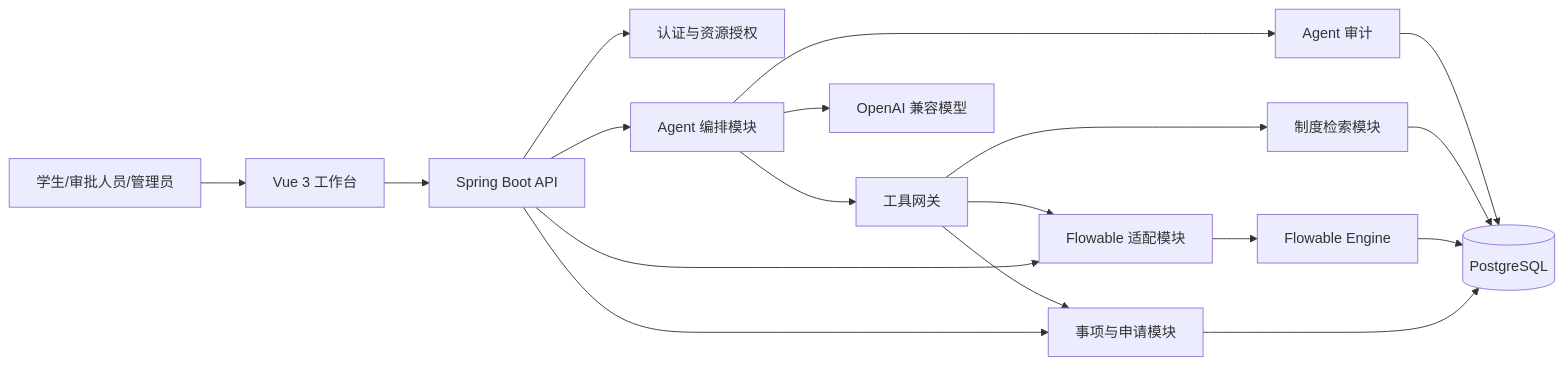
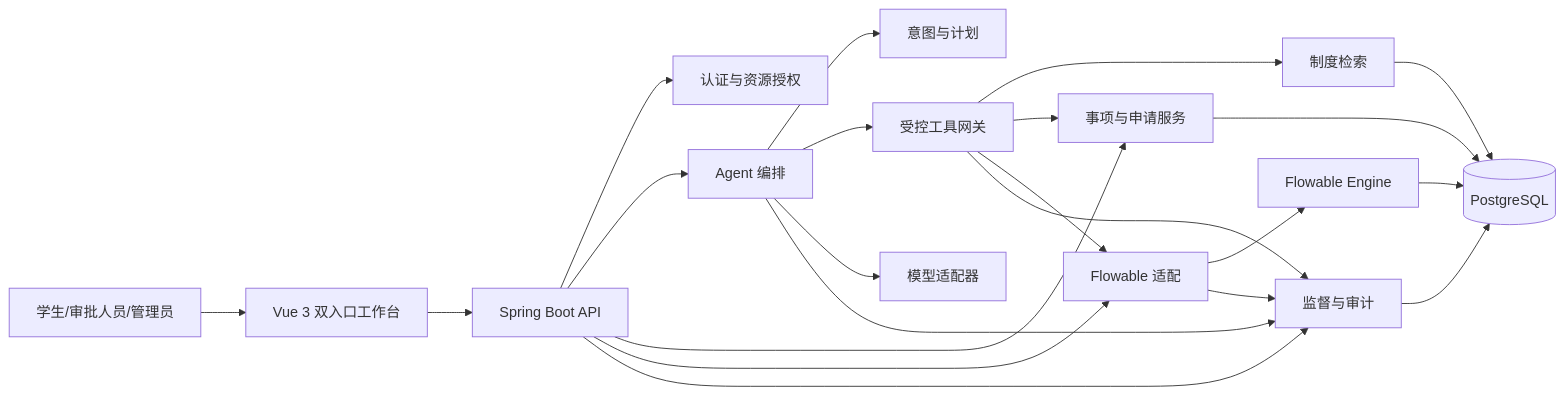
One commit to Passerby-M/uniagent-student-workbench changed the diagram in docs/02-课题设计.md. Above: the diagram before and after it, drawn with Mermaid. The commit also changed other lines of this file and 7 other files, not shown here.

````diff
--- a/docs/02-课题设计.md
+++ b/docs/02-课题设计.md
@@ -227,20 +22,27 @@
 ```mermaid
 flowchart LR
-    U[学生/审批人员/管理员] --> UI[Vue 3 工作台]
+    U[学生/审批人员/管理员] --> UI[Vue 3 双入口工作台]
     UI --> API[Spring Boot API]
     API --> AUTH[认证与资源授权]
-    API --> AGENT[Agent 编排模块]
-    API --> BIZ[事项与申请模块]
-    API --> WF[Flowable 适配模块]
-    AGENT --> GATE[工具网关]
+    API --> AGENT[Agent 编排]
+    API --> BIZ[事项与申请服务]
+    API --> WF[Flowable 适配]
+
+    AGENT --> INTENT[意图与计划]
+    AGENT --> GATE[受控工具网关]
+    AGENT --> LLM[模型适配器]
+    GATE --> RAG[制度检索]
     GATE --> BIZ
     GATE --> WF
-    GATE --> RAG[制度检索模块]
-    AGENT --> LLM[OpenAI 兼容模型]
+
     WF --> FLOW[Flowable Engine]
     BIZ --> DB[(PostgreSQL)]
     FLOW --> DB
     RAG --> DB
-    AGENT --> AUDIT[Agent 审计]
-    AUDIT --> DB
+
+    API --> OBS[监督与审计]
+    AGENT --> OBS
+    GATE --> OBS
+    WF --> OBS
+    OBS --> DB
 ```
````
